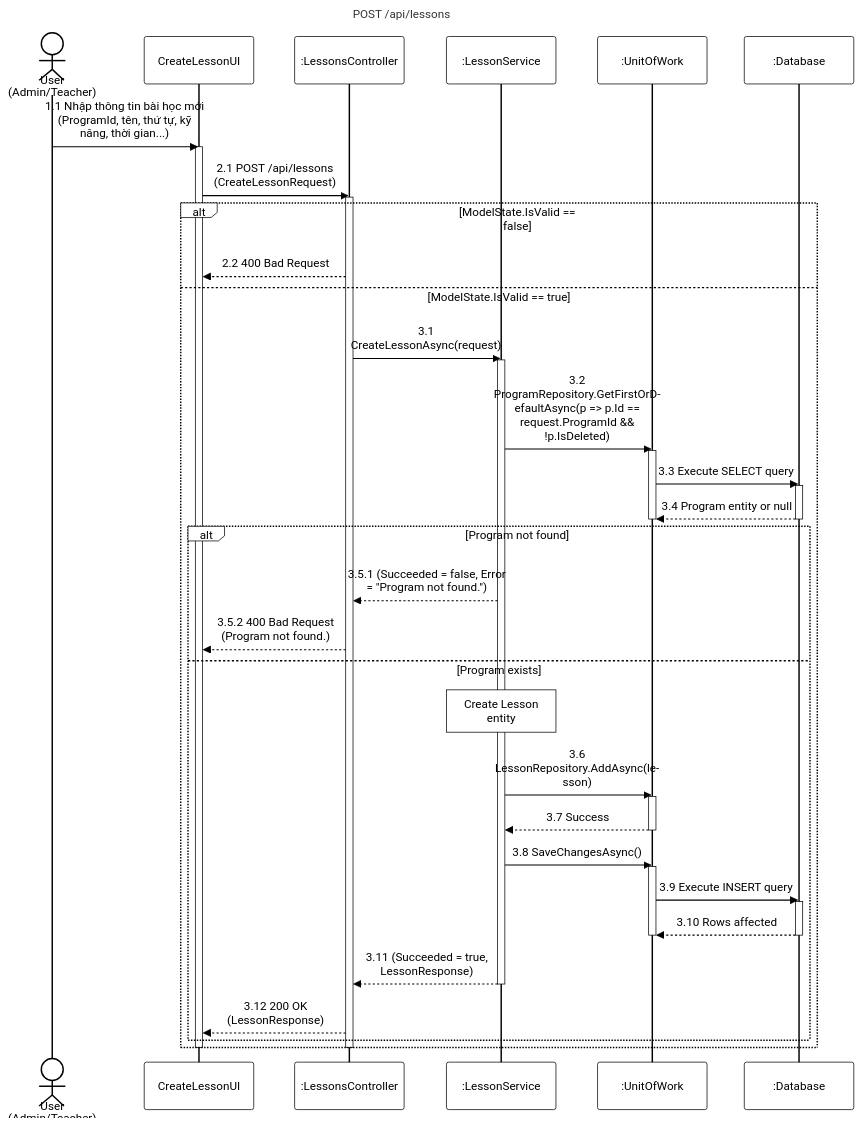
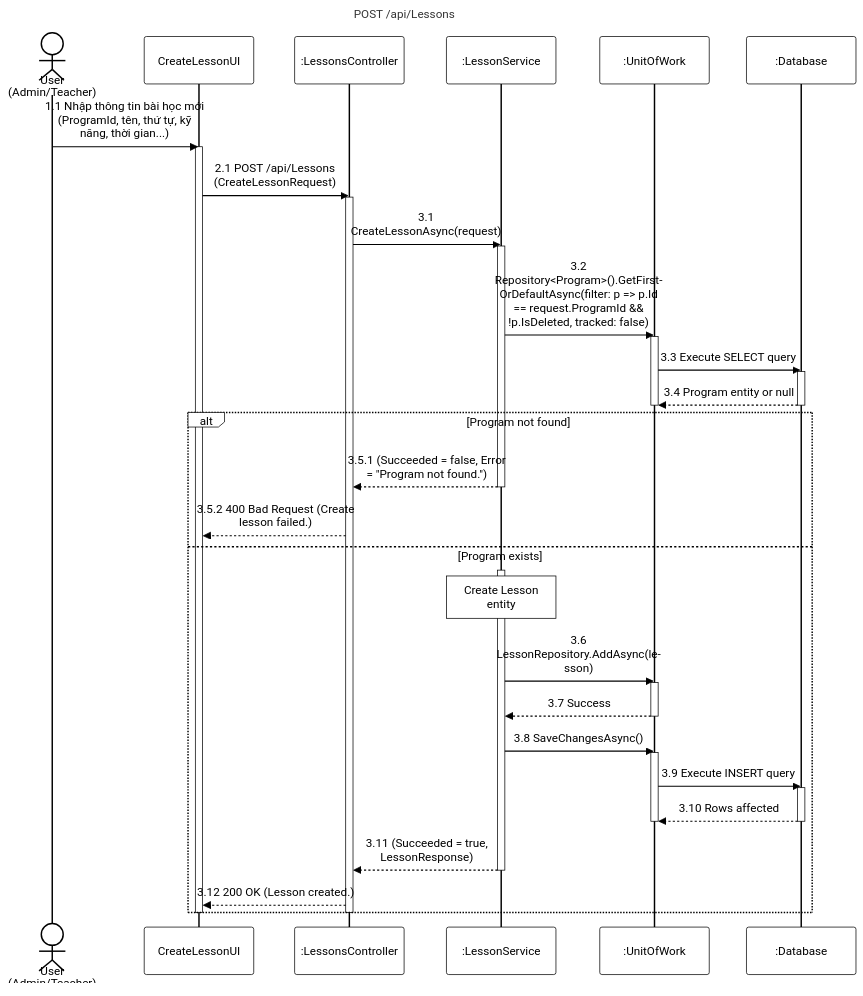
Before and after one commit to PhucAnDev/docx-diagram: the diagram in 04-lesson-program-management/sequence-diagram/apis/create-lesson.mmd, drawn with Mermaid. The commit also changed 1 other file, not shown here.

Commit message:
fix: update create-lesson.mmd to use generic Repository<Program>() and include correct validations/casing/messages

```diff
--- a/04-lesson-program-management/sequence-diagram/apis/create-lesson.mmd
+++ b/04-lesson-program-management/sequence-diagram/apis/create-lesson.mmd
@@ -1,55 +1,53 @@
 %%{init: {'theme':'base', 'themeVariables': {'actorBkg':'#ffffff','actorBorder':'#000000','actorTextColor':'#000000','actorLineColor':'#000000','signalColor':'#000000','signalTextColor':'#000000','labelBoxBkgColor':'#ffffff','labelBoxBorderColor':'#000000','labelTextColor':'#000000','loopTextColor':'#000000','noteBkgColor':'#ffffff','noteBorderColor':'#000000','noteTextColor':'#000000','activationBorderColor':'#000000','activationBkgColor':'#ffffff','sequenceNumberColor':'#000000'}, 'sequence': {'width':150,'height':65,'actorFontSize':16,'messageFontSize':16,'wrap':true,'wrapPadding':10}}}%%
 sequenceDiagram
-    title POST /api/lessons
+    title POST /api/Lessons
     actor Admin as User (Admin/Teacher)
     participant UI as CreateLessonUI
     participant Endpoint as :LessonsController
     participant Service as :LessonService
     participant DB as :UnitOfWork
     participant Database as :Database
 
     Admin->>UI: 1.1 Nhập thông tin bài học mới (ProgramId, tên, thứ tự, kỹ năng, thời gian...)
     activate UI
-    UI->>Endpoint: 2.1 POST /api/lessons (CreateLessonRequest)
+    UI->>Endpoint: 2.1 POST /api/Lessons (CreateLessonRequest)
     activate Endpoint
 
-    alt ModelState.IsValid == false
-        Endpoint-->>UI: 2.2 400 Bad Request
-    else ModelState.IsValid == true
-        Endpoint->>Service: 3.1 CreateLessonAsync(request)
+    Endpoint->>Service: 3.1 CreateLessonAsync(request)
+    activate Service
+
+    Service->>DB: 3.2 Repository<Program>().GetFirstOrDefaultAsync(filter: p => p.Id == request.ProgramId && !p.IsDeleted, tracked: false)
+    activate DB
+    DB->>Database: 3.3 Execute SELECT query
+    activate Database
+    Database-->>DB: 3.4 Program entity or null
+    deactivate Database
+    deactivate DB
+
+    alt Program not found
+        Service-->>Endpoint: 3.5.1 (Succeeded = false, Error = "Program not found.")
+        deactivate Service
+        Endpoint-->>UI: 3.5.2 400 Bad Request (Create lesson failed.)
+    else Program exists
         activate Service
+        note over Service: Create Lesson entity
+        
+        Service->>DB: 3.6 LessonRepository.AddAsync(lesson)
+        activate DB
+        DB-->>Service: 3.7 Success
+        deactivate DB
 
-        Service->>DB: 3.2 ProgramRepository.GetFirstOrDefaultAsync(p => p.Id == request.ProgramId && !p.IsDeleted)
+        Service->>DB: 3.8 SaveChangesAsync()
         activate DB
-        DB->>Database: 3.3 Execute SELECT query
+        DB->>Database: 3.9 Execute INSERT query
         activate Database
-        Database-->>DB: 3.4 Program entity or null
+        Database-->>DB: 3.10 Rows affected
         deactivate Database
         deactivate DB
 
-        alt Program not found
-            Service-->>Endpoint: 3.5.1 (Succeeded = false, Error = "Program not found.")
-            Endpoint-->>UI: 3.5.2 400 Bad Request (Program not found.)
-        else Program exists
-            note over Service: Create Lesson entity
-            
-            Service->>DB: 3.6 LessonRepository.AddAsync(lesson)
-            activate DB
-            DB-->>Service: 3.7 Success
-            deactivate DB
-
-            Service->>DB: 3.8 SaveChangesAsync()
-            activate DB
-            DB->>Database: 3.9 Execute INSERT query
-            activate Database
-            Database-->>DB: 3.10 Rows affected
-            deactivate Database
-            deactivate DB
-
-            Service-->>Endpoint: 3.11 (Succeeded = true, LessonResponse)
-            deactivate Service
-            Endpoint-->>UI: 3.12 200 OK (LessonResponse)
-        end
+        Service-->>Endpoint: 3.11 (Succeeded = true, LessonResponse)
+        deactivate Service
+        Endpoint-->>UI: 3.12 200 OK (Lesson created.)
     end
     deactivate Endpoint
     deactivate UI
```
